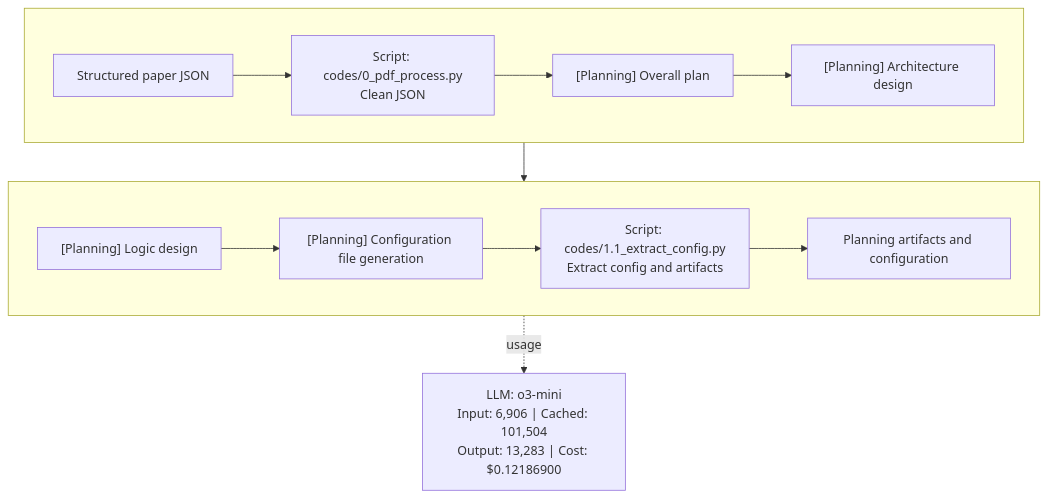
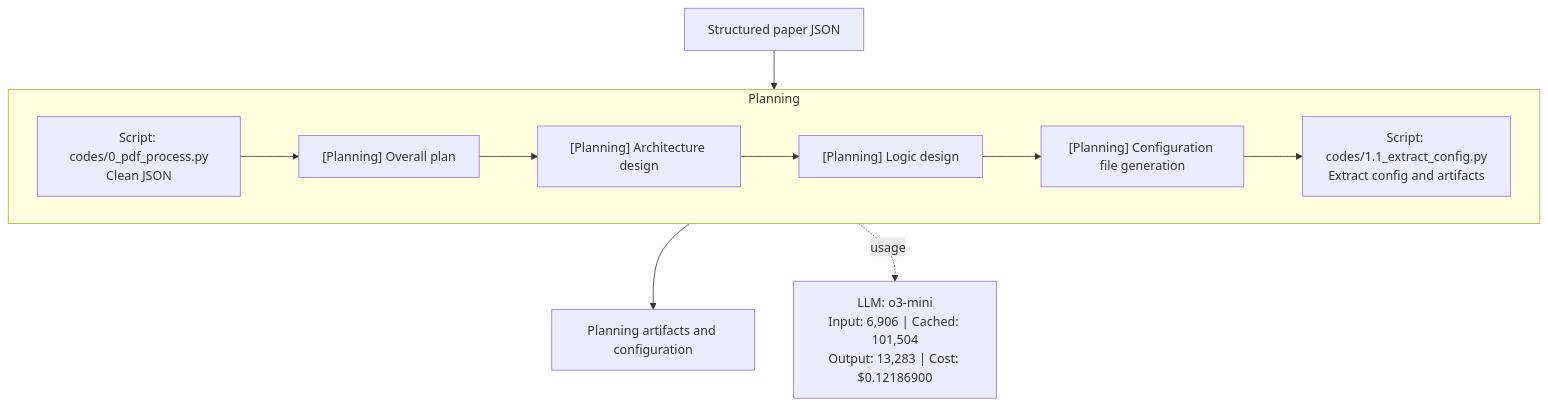
One commit to jimthompson5802/paper2code-ple changed the second of 5 diagrams in README.md. Above: the diagram before and after it, drawn with Mermaid.

Commit message:
Refactor planning flowchart in README.md for improved structure and clarity

````diff
--- a/README.md
+++ b/README.md
@@ -81,14 +81,16 @@
 ```mermaid
 flowchart TB
-  subgraph planning_top[" "]
+  json[Structured paper JSON]
+  subgraph planning["Planning"]
     direction LR
-    json[Structured paper JSON] --> clean[Script: codes/0_pdf_process.py<br/>Clean JSON] --> plan["[Planning] Overall plan"] --> architecture["[Planning] Architecture design"]
+    clean[Script: codes/0_pdf_process.py<br/>Clean JSON] --> plan["[Planning] Overall plan"] --> architecture["[Planning] Architecture design"]
+    logic["[Planning] Logic design"] --> config["[Planning] Configuration file generation"] --> extract[Script: codes/1.1_extract_config.py<br/>Extract config and artifacts]
   end
-  subgraph planning_bottom[" "]
-    direction LR
-    logic["[Planning] Logic design"] --> config["[Planning] Configuration file generation"] --> extract[Script: codes/1.1_extract_config.py<br/>Extract config and artifacts] --> output[Planning artifacts and configuration]
-  end
+  output[Planning artifacts and configuration]
+
+  json --> clean
   architecture --> logic
+  extract --> output
   planning_usage["LLM: o3-mini<br/>Input: 6,906 | Cached: 101,504<br/>Output: 13,283 | Cost: $0.12186900"]
-  config -. usage .-> planning_usage
+  planning -. usage .-> planning_usage
 ```
````
